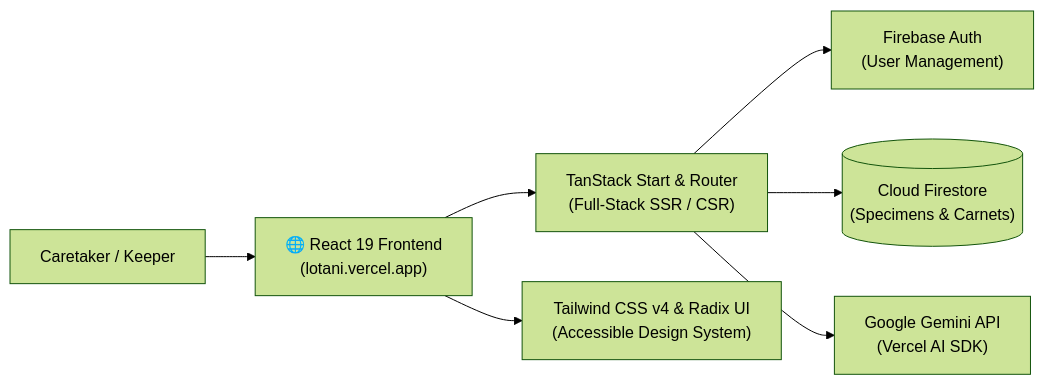
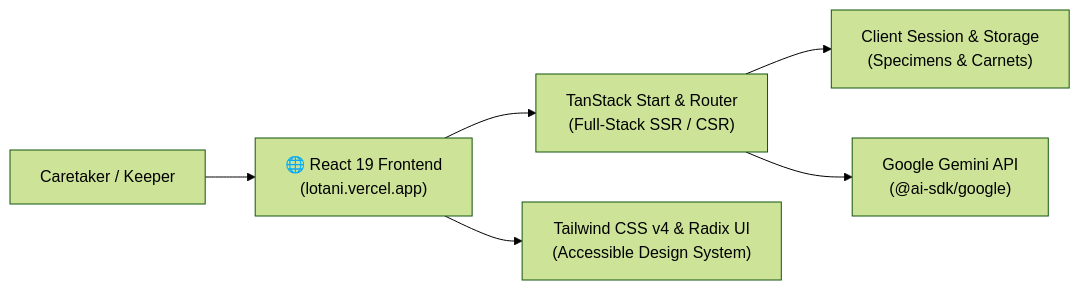
Before and after one commit to josiasemm/Lotani: the diagram in README.md, drawn with Mermaid (forest theme). The commit also changed other lines of this file and 5 other files, not shown here.

Commit message:
feat: migrate chat API to native Google AI Studio SDK, clean up Lovable telemetry, and update docs

````diff
--- a/README.md
+++ b/README.md
@@ -77,10 +77,9 @@
 ```mermaid
 flowchart LR
     User["Caretaker / Keeper"] --> Web["🌐 React 19 Frontend<br/>(lotani.vercel.app)"]
     Web --> Router["TanStack Start & Router<br/>(Full-Stack SSR / CSR)"]
     Web --> UI["Tailwind CSS v4 & Radix UI<br/>(Accessible Design System)"]
 
-    Router --> Auth["Firebase Auth<br/>(User Management)"]
-    Router --> DB[("Cloud Firestore<br/>(Specimens & Carnets)")]
-    Router --> AI["Google Gemini API<br/>(Vercel AI SDK)"]
+    Router --> Store["Client Session & Storage<br/>(Specimens & Carnets)"]
+    Router --> AI["Google Gemini API<br/>(@ai-sdk/google)"]
 ```
````
